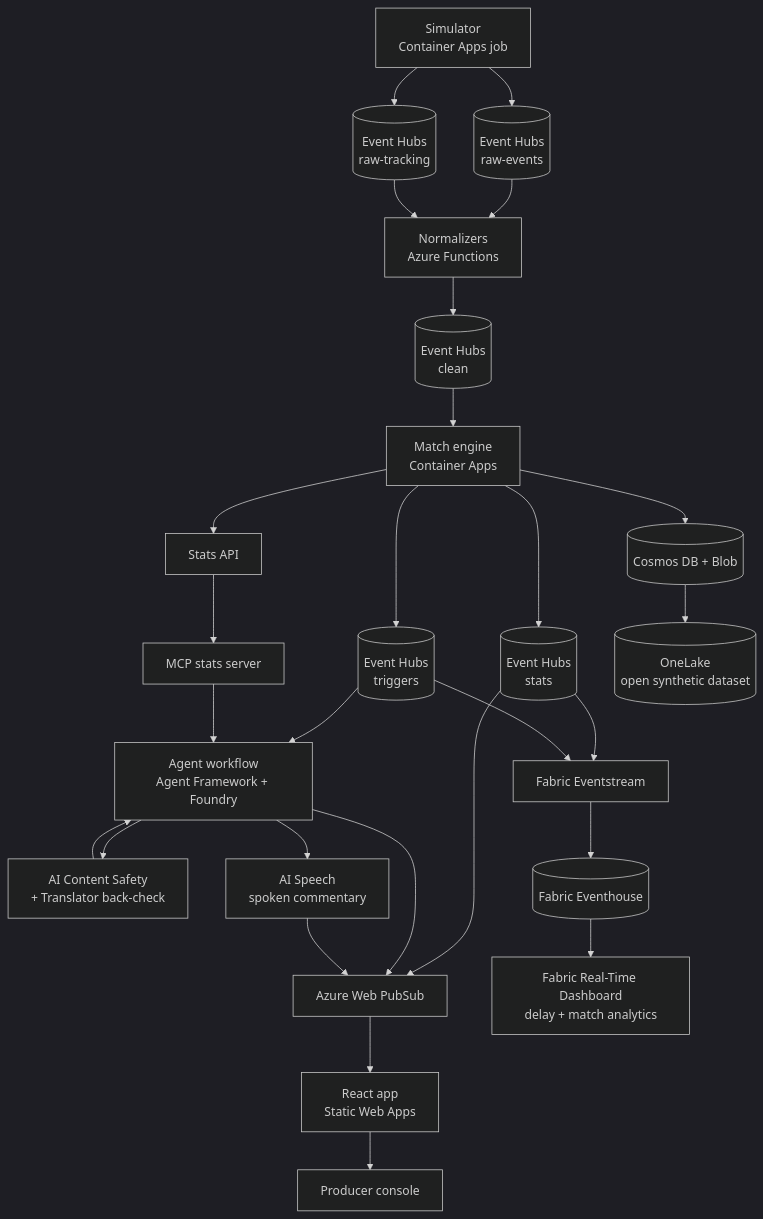
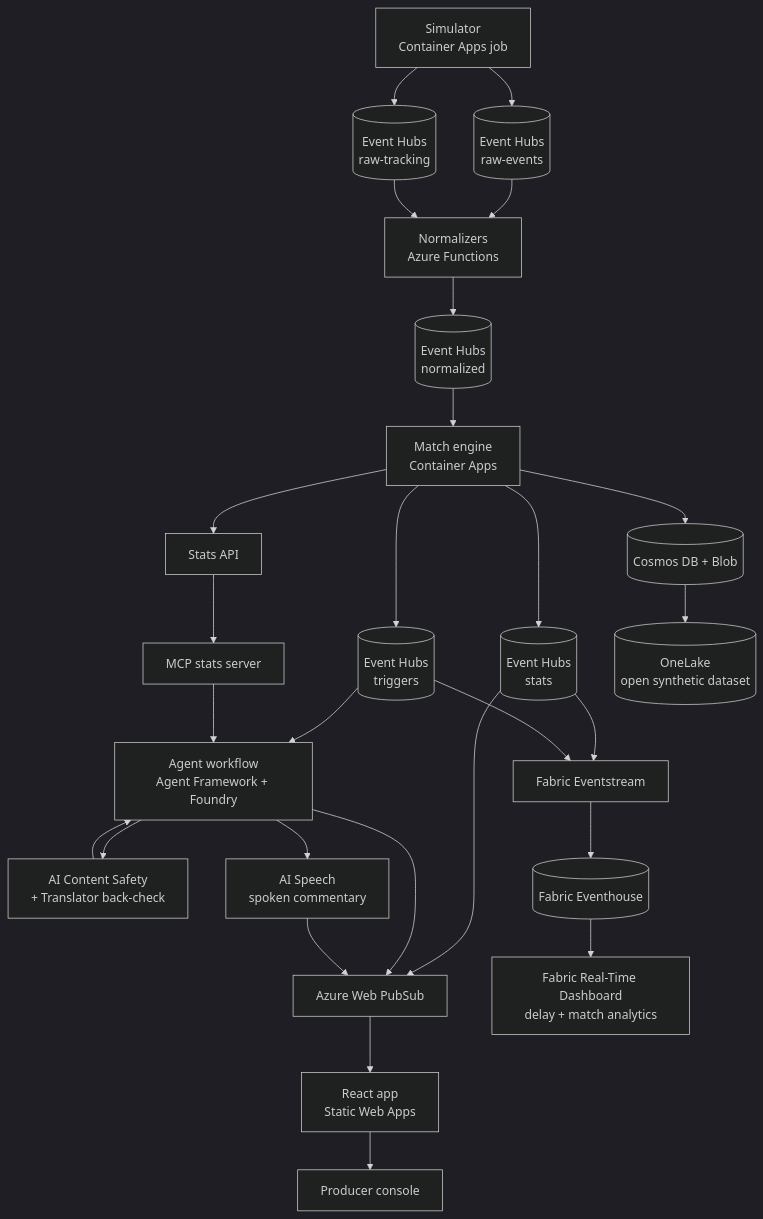
The diagram in README.md (PRACHIT27/offball), drawn with Mermaid (dark theme) before and after one commit. The commit also changed other lines of this file and 8 other files, not shown here.

````diff
--- a/README.md
+++ b/README.md
@@ -99,29 +99,29 @@
 ```mermaid
 flowchart TD
   SIM["Simulator<br/>Container Apps job"] --> RA[("Event Hubs<br/>raw-events")]
   SIM --> RB[("Event Hubs<br/>raw-tracking")]
   RA --> NORM["Normalizers<br/>Azure Functions"]
   RB --> NORM
-  NORM --> CLEAN[("Event Hubs<br/>clean")]
+  NORM --> CLEAN[("Event Hubs<br/>normalized")]
   CLEAN --> ENG["Match engine<br/>Container Apps"]
   ENG --> STATS[("Event Hubs<br/>stats")]
   ENG --> TRIG[("Event Hubs<br/>triggers")]
   ENG --> STORE[("Cosmos DB + Blob")]
   ENG --> API["Stats API"]
   API --> MCP["MCP stats server"]
   TRIG --> AGENTS["Agent workflow<br/>Agent Framework + Foundry"]
   MCP --> AGENTS
   STATS --> PUB["Azure Web PubSub"]
   AGENTS --> PUB
   PUB --> UI["React app<br/>Static Web Apps"]
   UI --> PROD["Producer console"]
   AGENTS --> SAFE["AI Content Safety<br/>+ Translator back-check"]
   SAFE --> AGENTS
   AGENTS --> SPEECH["AI Speech<br/>spoken commentary"]
   SPEECH --> PUB
   STATS --> ES["Fabric Eventstream"]
   TRIG --> ES
   ES --> EH[("Fabric Eventhouse")]
   EH --> RTD["Fabric Real-Time Dashboard<br/>delay + match analytics"]
   STORE --> OL[("OneLake<br/>open synthetic dataset")]
 ```
````
